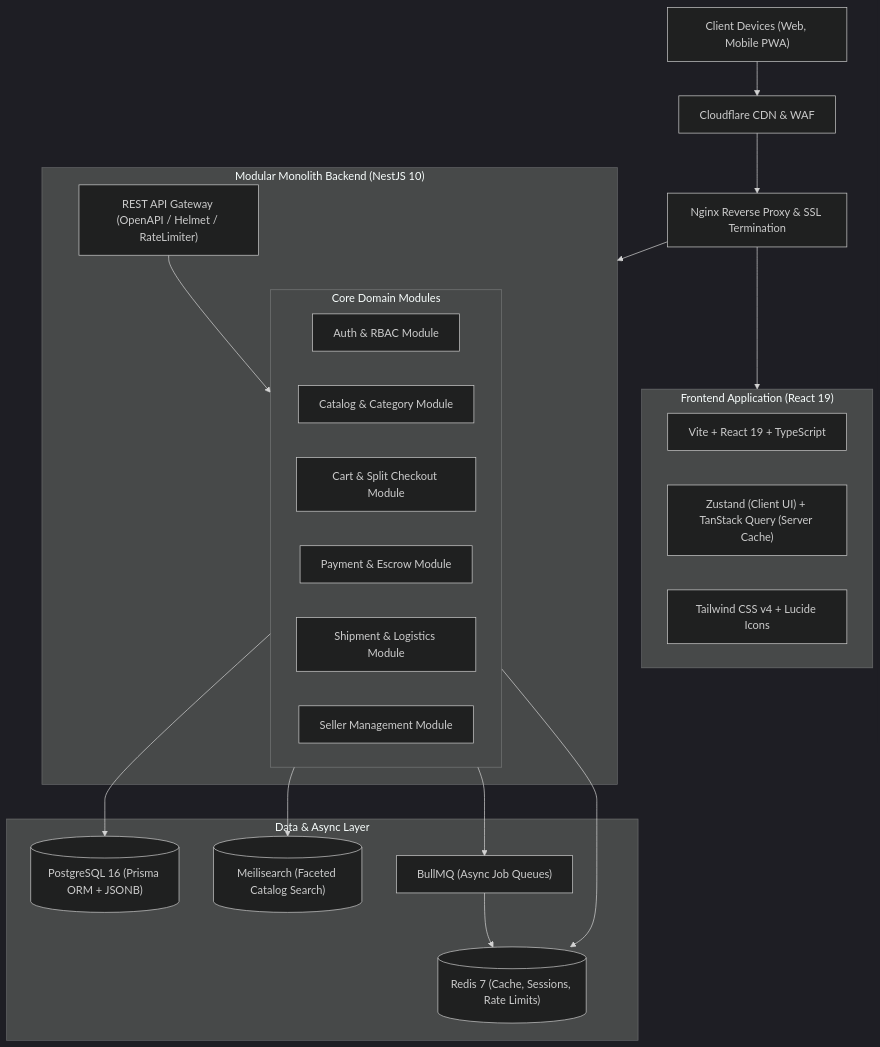
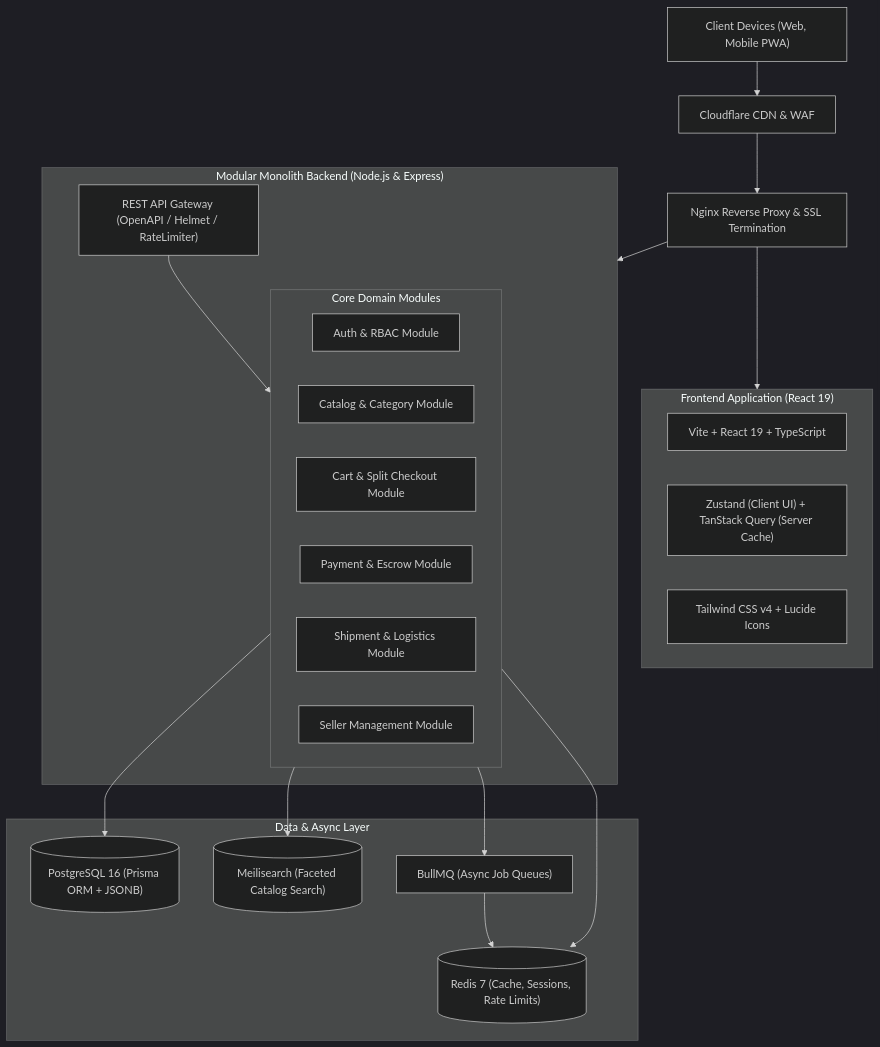
One commit to Tanmay5555/Hayroo changed the diagram in README.md. Above: the diagram before and after it, drawn with Mermaid (dark theme). The commit also changed other lines of this file and 206 other files, not shown here.

````diff
--- a/README.md
+++ b/README.md
@@ -39,40 +84,40 @@
 ```mermaid
 flowchart TD
     Client["Client Devices (Web, Mobile PWA)"] --> Cloudflare["Cloudflare CDN & WAF"]
     Cloudflare --> Nginx["Nginx Reverse Proxy & SSL Termination"]
     
     subgraph FrontendApp ["Frontend Application (React 19)"]
         ReactUI["Vite + React 19 + TypeScript"]
         StateLayer["Zustand (Client UI) + TanStack Query (Server Cache)"]
         Styling["Tailwind CSS v4 + Lucide Icons"]
     end
     Nginx --> FrontendApp
 
-    subgraph BackendApp ["Modular Monolith Backend (NestJS 10)"]
+    subgraph BackendApp ["Modular Monolith Backend (Node.js & Express)"]
         Gateway["REST API Gateway (OpenAPI / Helmet / RateLimiter)"]
         
         subgraph CoreModules ["Core Domain Modules"]
             AuthMod["Auth & RBAC Module"]
             CatMod["Catalog & Category Module"]
             CartMod["Cart & Split Checkout Module"]
             PayMod["Payment & Escrow Module"]
             LogMod["Shipment & Logistics Module"]
             VendMod["Seller Management Module"]
         end
         Gateway --> CoreModules
     end
     Nginx --> BackendApp
 
     subgraph DataTier ["Data & Async Layer"]
         PG[("PostgreSQL 16 (Prisma ORM + JSONB)")]
         RedisCache[("Redis 7 (Cache, Sessions, Rate Limits)")]
         Meili[("Meilisearch (Faceted Catalog Search)")]
         Bull["BullMQ (Async Job Queues)"]
     end
     
     CoreModules --> PG
     CoreModules --> RedisCache
     CoreModules --> Meili
     CoreModules --> Bull
     Bull --> RedisCache
 ```
````
